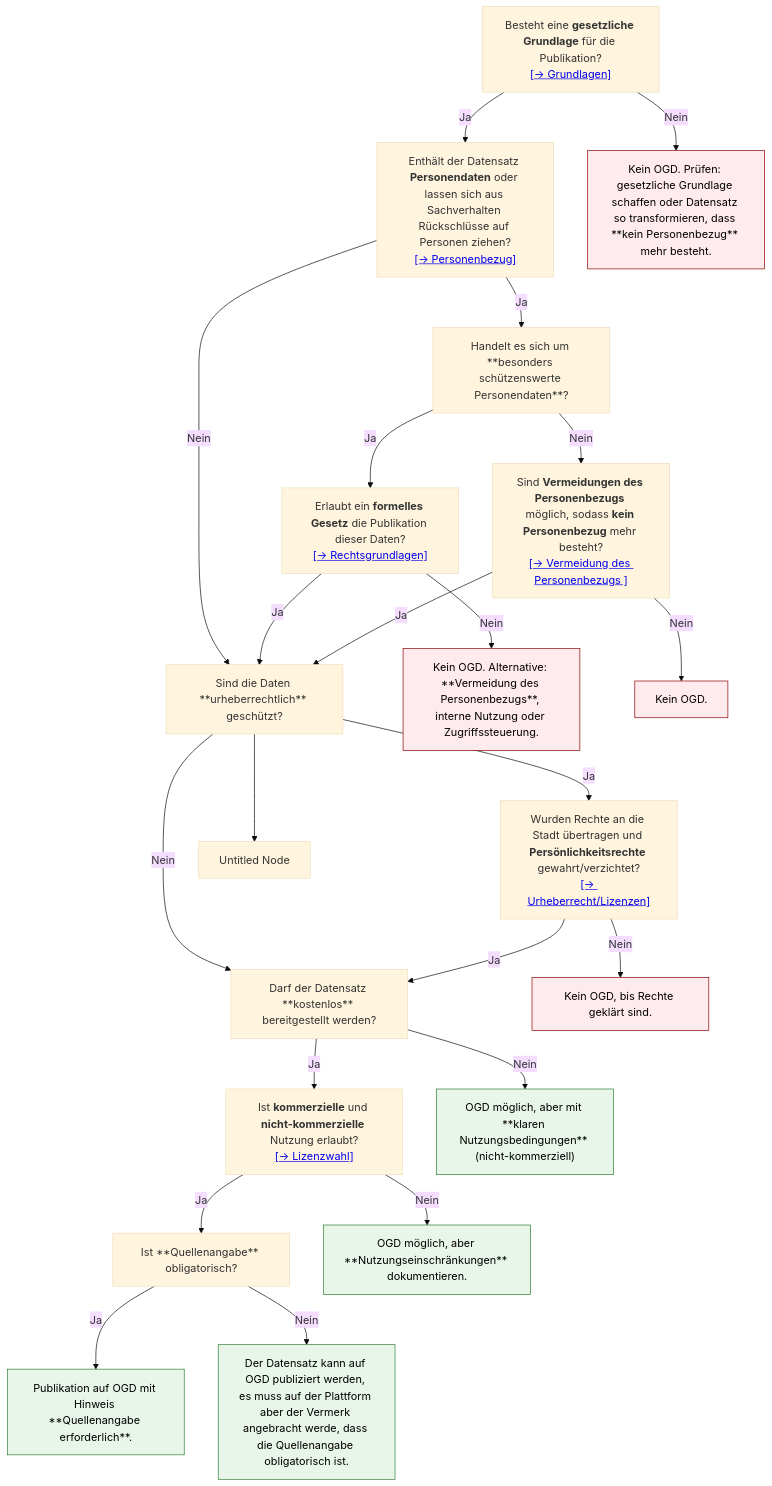
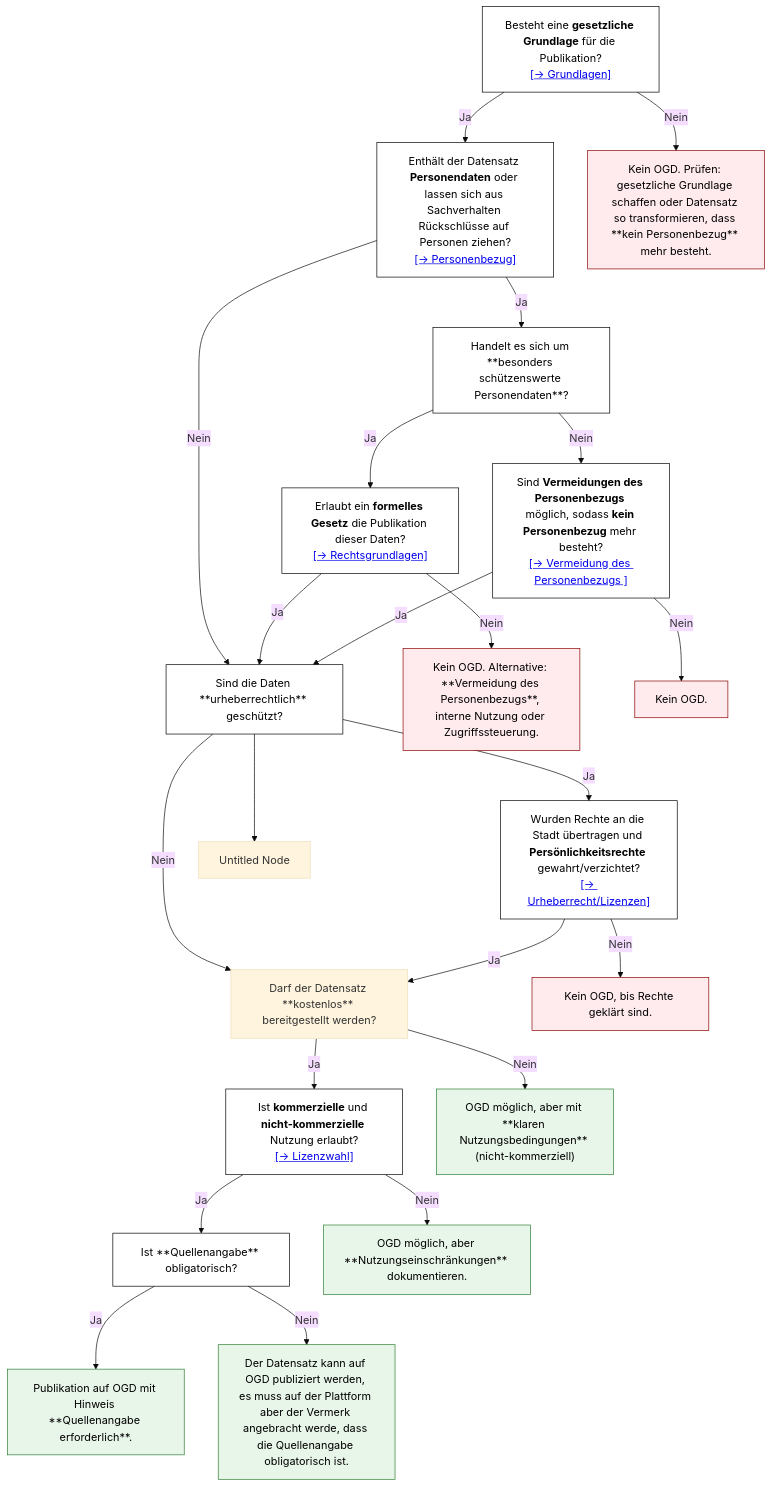
The diagram in docs/datenschutz-hilfsmittel/index.md (ebp-group/225348-Winterthur-OGD-Docs), drawn with Mermaid (base theme) before and after one commit. The commit also changed other lines of this file, not shown here.

Commit message:
color mermais index

````diff
--- a/docs/datenschutz-hilfsmittel/index.md
+++ b/docs/datenschutz-hilfsmittel/index.md
@@ -12,45 +14,48 @@
 ```mermaid
 ---
 config:
   layout: dagre
 ---
 flowchart TD
     A@{ label: "Besteht eine **gesetzliche Grundlage** für die Publikation?<br><a href=\"https://ebp-group.github.io/225348-Winterthur-OGD-Docs/datenschutz-hilfsmittel/grundlagen\">[→ Grundlagen]</a>" } -- Ja --> B@{ label: "Enthält der Datensatz **Personendaten** oder lassen sich aus Sachverhalten Rückschlüsse auf Personen ziehen?<br><a href=\"https://ebp-group.github.io/225348-Winterthur-OGD-Docs/datenschutz-hilfsmittel/was-ist-personenbezug\">[→ Personenbezug]</a>" }
     A -- Nein --> X1["Kein OGD. Prüfen: gesetzliche Grundlage schaffen oder Datensatz so transformieren, dass **kein Personenbezug** mehr besteht."]
     B -- Nein --> C["Sind die Daten **urheberrechtlich** geschützt?"]
     B -- Ja --> D["Handelt es sich um **besonders schützenswerte Personendaten**?"]
     D -- Ja --> E@{ label: "Erlaubt ein **formelles Gesetz** die Publikation dieser Daten?<br><a href=\"https://ebp-group.github.io/225348-Winterthur-OGD-Docs/datenschutz-hilfsmittel/rechtsgrundlagen\">[→ Rechtsgrundlagen]</a>" }
     D -- Nein --> F@{ label: "Sind **Vermeidungen des Personenbezugs** möglich, sodass **kein Personenbezug** mehr besteht?<br><a href=\"https://ebp-group.github.io/225348-Winterthur-OGD-Docs/datenschutz-hilfsmittel/vermeidung\">[→ Vermeidung des Personenbezugs ]</a>" }
     E -- Ja --> C
     E -- Nein --> X2["Kein OGD. Alternative: **Vermeidung des Personenbezugs**, interne Nutzung oder Zugriffssteuerung."]
     F -- Ja --> C
     F -- Nein --> X3["Kein OGD."]
     C -- Ja --> G@{ label: "Wurden Rechte an die Stadt übertragen und **Persönlichkeitsrechte** gewahrt/verzichtet?<br><a href=\"https://ebp-group.github.io/225348-Winterthur-OGD-Docs/datenschutz-hilfsmittel/urheberrecht-lizenzen\">[→ Urheberrecht/Lizenzen]</a>" }
     C -- Nein --> H["Darf der Datensatz **kostenlos** bereitgestellt werden?"]
     G -- Ja --> H
     G -- Nein --> X4["Kein OGD, bis Rechte geklärt sind."]
     H -- Ja --> I@{ label: "Ist **kommerzielle** und **nicht-kommerzielle** Nutzung erlaubt?<br><a href=\"https://ebp-group.github.io/225348-Winterthur-OGD-Docs/datenschutz-hilfsmittel/lizenzauswahl\">[→ Lizenzwahl]</a>" }
     H -- Nein --> Y1["OGD möglich, aber mit **klaren Nutzungsbedingungen** (nicht-kommerziell)"]
     I -- Ja --> J["Ist **Quellenangabe** obligatorisch?"]
     I -- Nein --> Y2["OGD möglich, aber **Nutzungseinschränkungen** dokumentieren."]
     J -- Ja --> Z2["Publikation auf OGD mit Hinweis **Quellenangabe erforderlich**."]
     J -- Nein --> Z1["Der Datensatz kann auf OGD publiziert werden, es muss auf der Plattform aber der Vermerk angebracht werde, dass die Quellenangabe obligatorisch ist."]
     C --> n1["Untitled Node"]
     A@{ shape: rect}
     B@{ shape: rect}
     E@{ shape: rect}
     F@{ shape: rect}
     G@{ shape: rect}
     I@{ shape: rect}
      X1:::stop
      X2:::stop
      X3:::stop
      X4:::stop
      Y1:::ok
      Y2:::ok
      Z2:::ok
      Z1:::ok
     classDef ok fill:#e8f5e9,stroke:#2e7d32,color:#000
-    classDef warn fill:#FFFFFF,stroke:#9e9e9e,color:#FFFFFF
+    classDef warn fill:#ffffff,stroke:#9e9e9e,color:#000
     classDef stop fill:#ffebee,stroke:#8b0000,color:#000
+    classDef neutral fill:#ffffff,stroke:#000,color:#000
+
+    class A,B,C,D,E,F,G,I,J neutral
 ```
````
